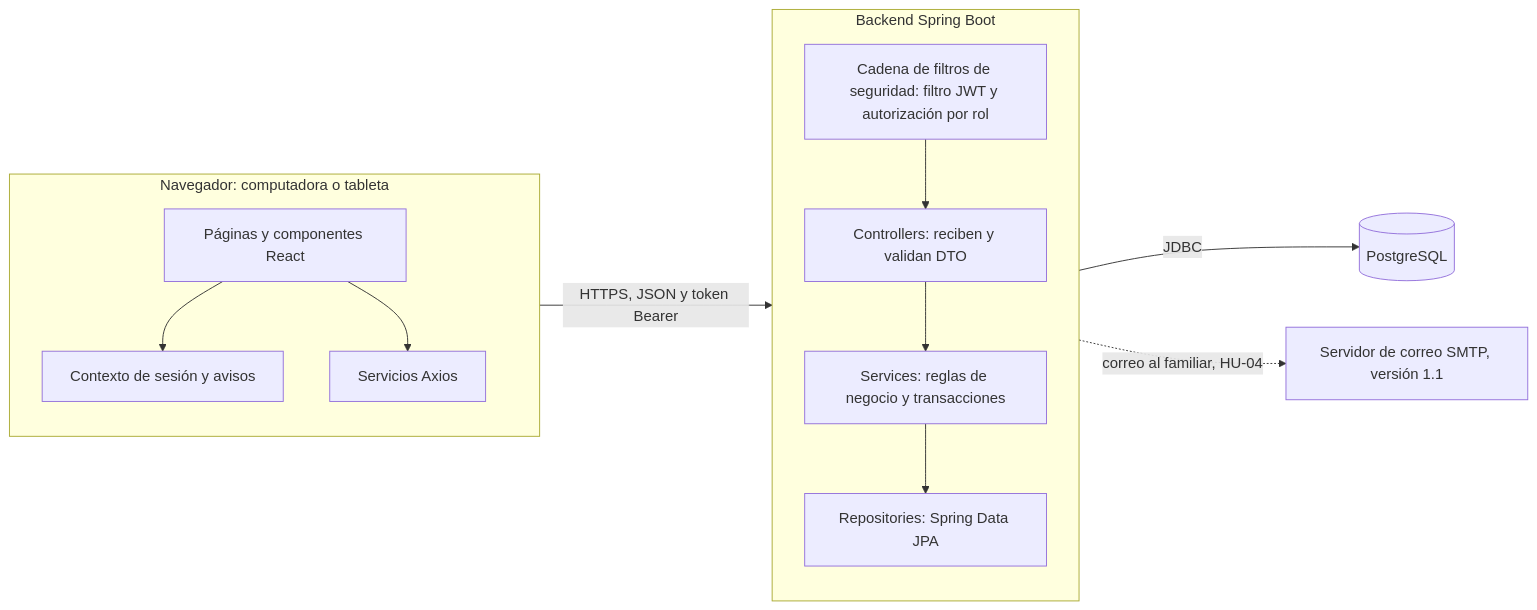
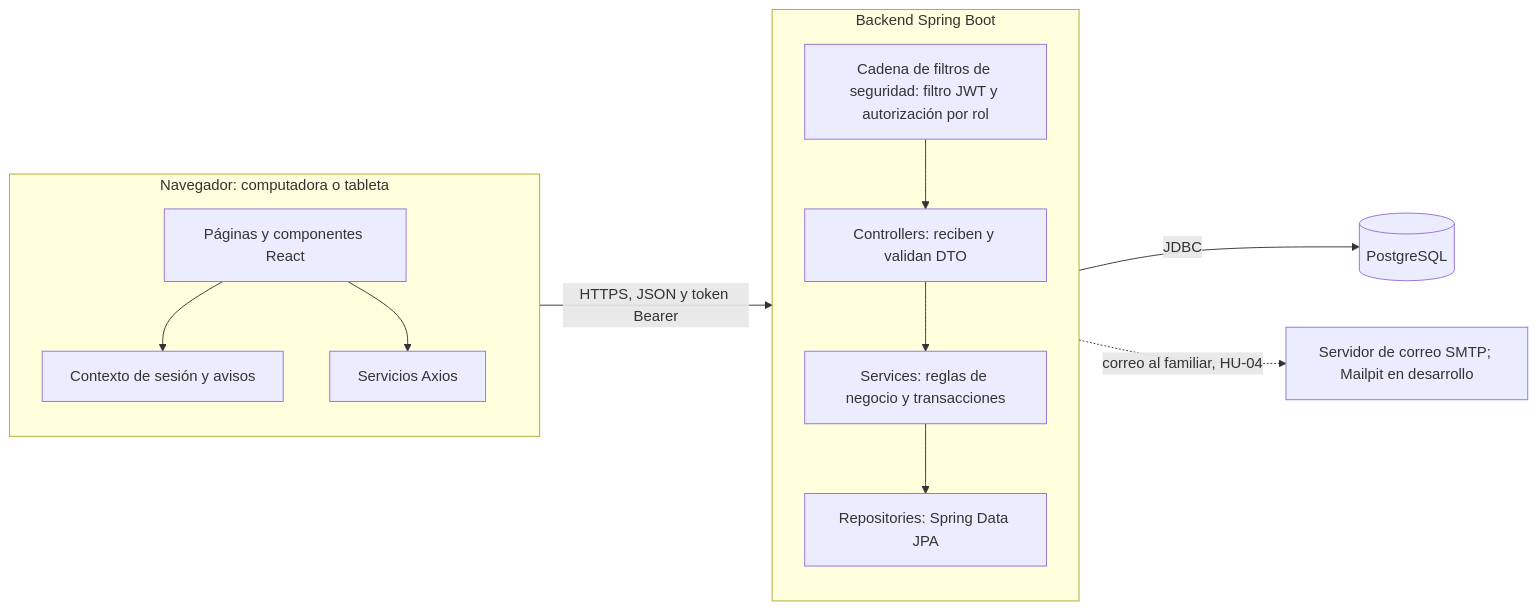
The second of 18 diagrams in docs/fase-diseno.md (Hoakin26/Sistema-Gestion-Asilo), drawn with Mermaid before and after one commit. The commit also changed other lines of this file and 2 other files, not shown here.

````diff
--- a/docs/fase-diseno.md
+++ b/docs/fase-diseno.md
@@ -341,27 +345,27 @@
 ```mermaid
 flowchart LR
     subgraph Cliente["Navegador: computadora o tableta"]
         direction TB
         P["Páginas y componentes React"]
         C["Contexto de sesión y avisos"]
         S["Servicios Axios"]
         P --> C
         P --> S
     end
 
     subgraph Backend["Backend Spring Boot"]
         direction TB
         F["Cadena de filtros de seguridad: filtro JWT y autorización por rol"]
         CT["Controllers: reciben y validan DTO"]
         SV["Services: reglas de negocio y transacciones"]
         R["Repositories: Spring Data JPA"]
         F --> CT --> SV --> R
     end
 
     DB[("PostgreSQL")]
-    SMTP["Servidor de correo SMTP, versión 1.1"]
+    SMTP["Servidor de correo SMTP; Mailpit en desarrollo"]
 
     S -->|"HTTPS, JSON y token Bearer"| F
     R -->|"JDBC"| DB
     SV -.->|"correo al familiar, HU-04"| SMTP
 ```
````
